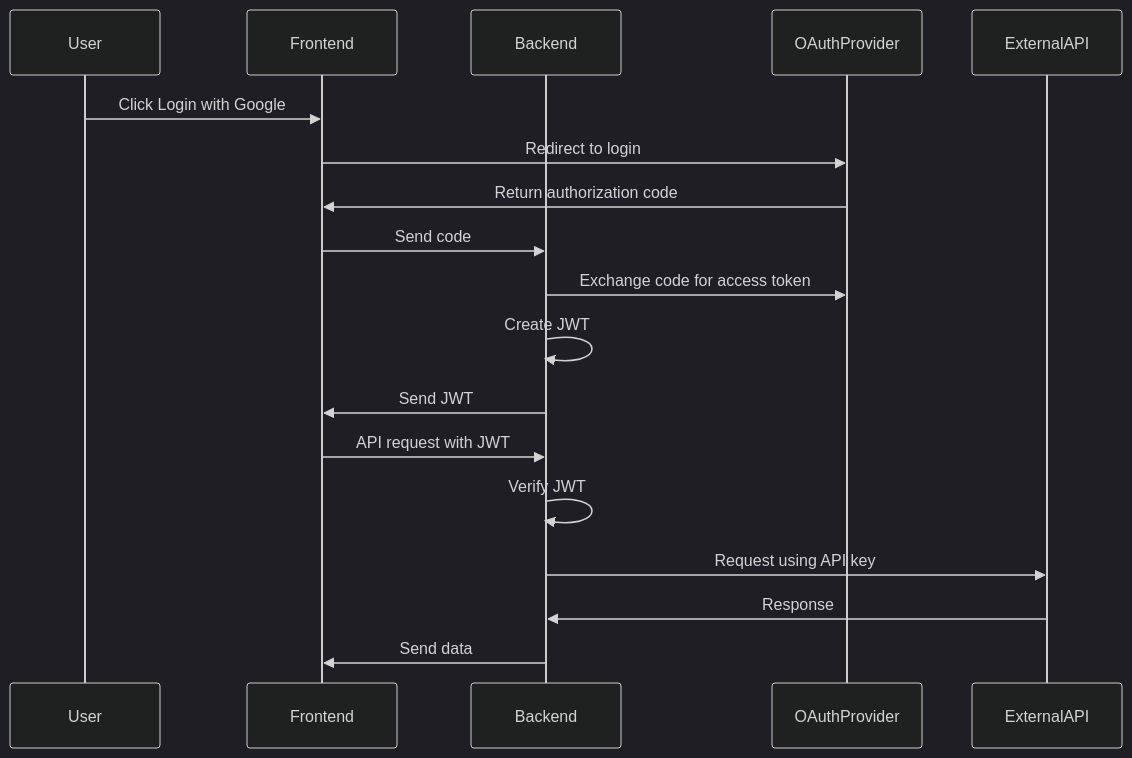
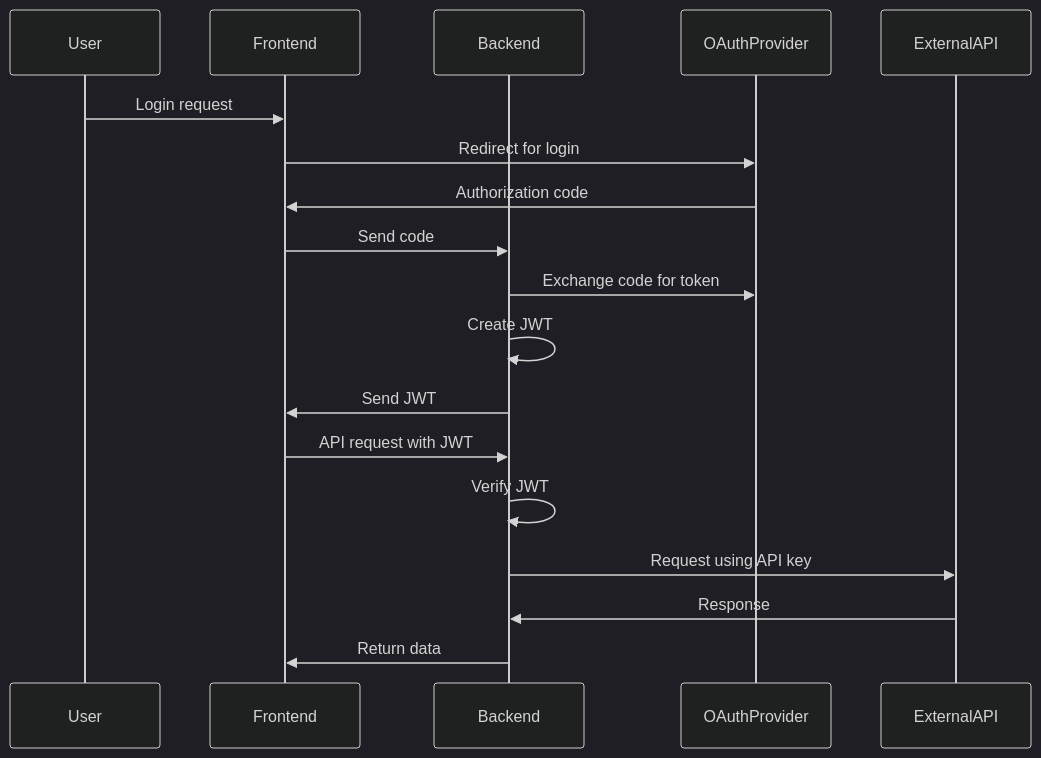
The second of 2 diagrams in README.md (Amyshk786/Application-Programming-Interface-API-Notes), drawn with Mermaid (dark theme) before and after one commit. The commit also changed other lines of this file, not shown here.

````diff
--- a/README.md
+++ b/README.md
@@ -57,23 +55,23 @@
-```mermaid
+```mermaid id="clean-seq-1"
 sequenceDiagram
     participant User
     participant Frontend
     participant Backend
     participant OAuthProvider
     participant ExternalAPI
 
-    User->>Frontend: Click Login with Google
-    Frontend->>OAuthProvider: Redirect to login
-    OAuthProvider->>Frontend: Return authorization code
+    User->>Frontend: Login request
+    Frontend->>OAuthProvider: Redirect for login
+    OAuthProvider->>Frontend: Authorization code
     Frontend->>Backend: Send code
-    Backend->>OAuthProvider: Exchange code for access token
+    Backend->>OAuthProvider: Exchange code for token
     Backend->>Backend: Create JWT
     Backend->>Frontend: Send JWT
 
     Frontend->>Backend: API request with JWT
     Backend->>Backend: Verify JWT
 
     Backend->>ExternalAPI: Request using API key
     ExternalAPI->>Backend: Response
-    Backend->>Frontend: Send data
+    Backend->>Frontend: Return data
 ```
````
